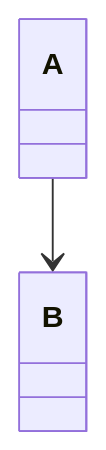
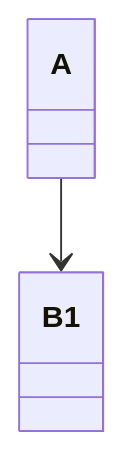
The first of 2 diagrams in _posts/2022-05-06-Test.markdown (xShokan/xShokan.github.io), drawn with Mermaid before and after one commit. The commit also changed other lines of this file and 1 other file, not shown here.

````diff
--- a/_posts/2022-05-06-Test.markdown
+++ b/_posts/2022-05-06-Test.markdown
@@ -13,4 +13,4 @@
 ```mermaid
 classDiagram
-A-->B
+A-->B1
 ```
````
